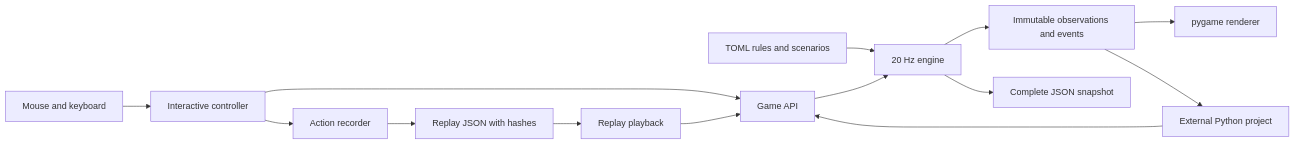
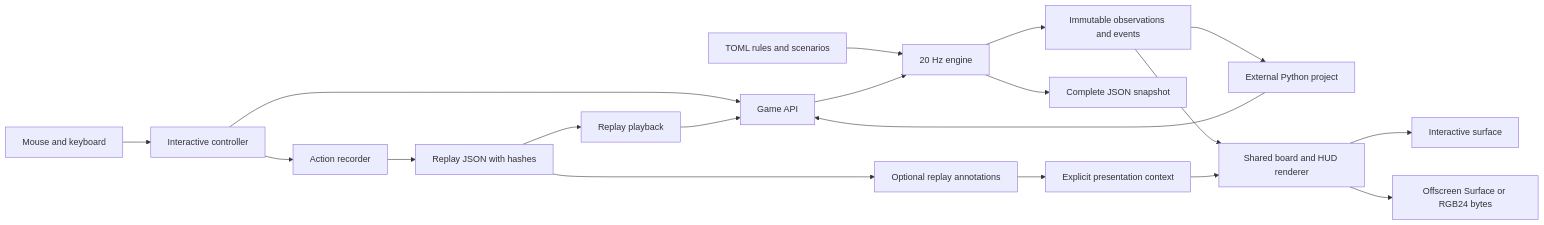
Before and after one commit to Comb1e/pvz-cuda-work: the first of 6 diagrams in docs/architecture.md, drawn with Mermaid. The commit also changed other lines of this file and 20 other files, not shown here.

Commit message:
feat(rendering): add offscreen frames and replay provenance

````diff
--- a/docs/architecture.md
+++ b/docs/architecture.md
@@ -6,16 +6,21 @@
 ```mermaid
 flowchart LR
     Human[Mouse and keyboard] --> UI[Interactive controller]
     UI --> API[Game API]
     External[External Python project] --> API
     Replay[Replay playback] --> API
     Rules[TOML rules and scenarios] --> Engine[20 Hz engine]
     API --> Engine
     Engine --> View[Immutable observations and events]
-    View --> Renderer[pygame renderer]
+    View --> Renderer[Shared board and HUD renderer]
+    Renderer --> Window[Interactive surface]
+    Renderer --> Pixels[Offscreen Surface or RGB24 bytes]
     View --> External
     Engine --> Snapshot[Complete JSON snapshot]
     UI --> Recorder[Action recorder]
     Recorder --> File[Replay JSON with hashes]
     File --> Replay
+    File --> Metadata[Optional replay annotations]
+    Metadata --> Context[Explicit presentation context]
+    Context --> Renderer
 ```
````
